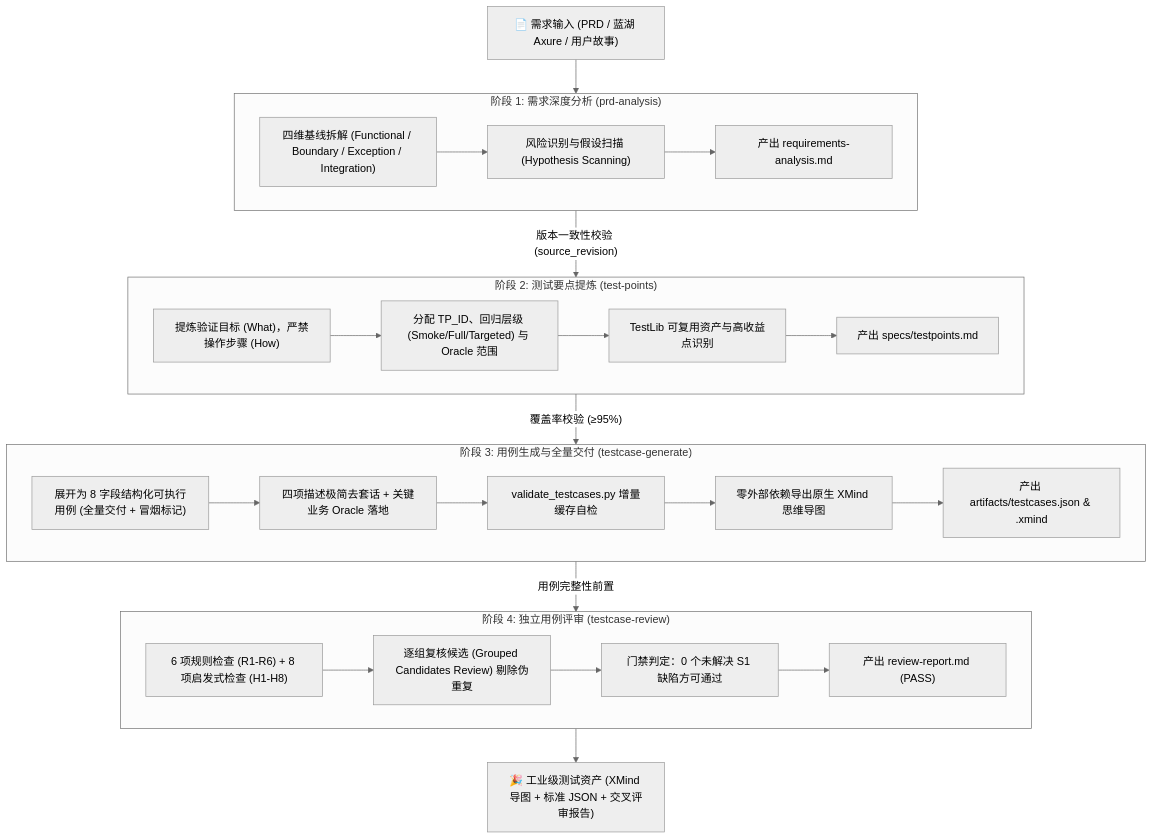
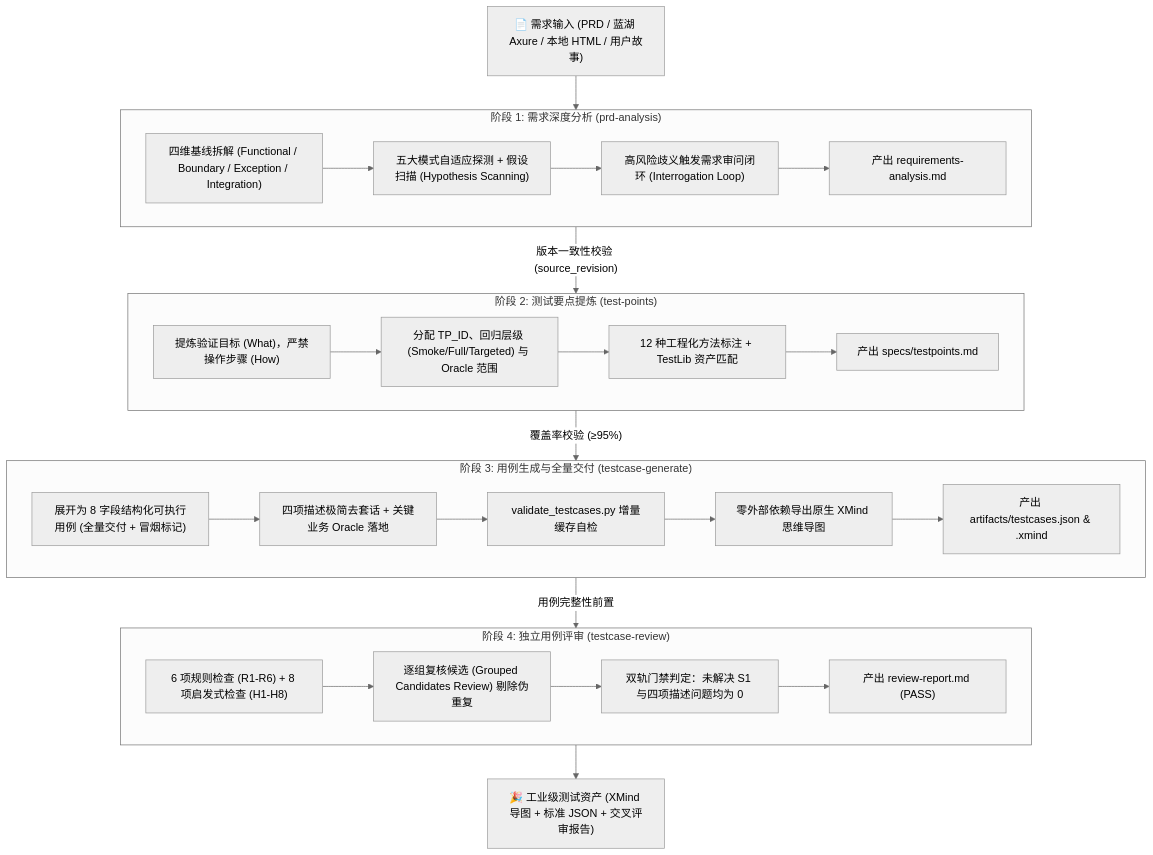
Before and after one commit to sx-mogule/TestSpec: the diagram in README.md, drawn with Mermaid (neutral theme). The commit also changed other lines of this file and 14 other files, not shown here.

````diff
--- a/README.md
+++ b/README.md
@@ -26,40 +26,41 @@
 ```mermaid
 flowchart TD
-    PRD["📄 需求输入 (PRD / 蓝湖 Axure / 用户故事)"] --> S1
+    PRD["📄 需求输入 (PRD / 蓝湖 Axure / 本地 HTML / 用户故事)"] --> S1
     
     subgraph S1 ["阶段 1: 需求深度分析 (prd-analysis)"]
         A1["四维基线拆解 (Functional / Boundary / Exception / Integration)"]
-        A2["风险识别与假设扫描 (Hypothesis Scanning)"]
-        A1 --> A2 --> R1["产出 requirements-analysis.md"]
+        A2["五大模式自适应探测 + 假设扫描 (Hypothesis Scanning)"]
+        A3["高风险歧义触发需求审问闭环 (Interrogation Loop)"]
+        A1 --> A2 --> A3 --> R1["产出 requirements-analysis.md"]
     end
 
     S1 -->|"版本一致性校验 (source_revision)"| S2
 
     subgraph S2 ["阶段 2: 测试要点提炼 (test-points)"]
         B1["提炼验证目标 (What)，严禁操作步骤 (How)"]
         B2["分配 TP_ID、回归层级 (Smoke/Full/Targeted) 与 Oracle 范围"]
-        B3["TestLib 可复用资产与高收益点识别"]
+        B3["12 种工程化方法标注 + TestLib 资产匹配"]
         B1 --> B2 --> B3 --> R2["产出 specs/testpoints.md"]
     end
 
     S2 -->|"覆盖率校验 (≥95%)"| S3
 
     subgraph S3 ["阶段 3: 用例生成与全量交付 (testcase-generate)"]
         C1["展开为 8 字段结构化可执行用例 (全量交付 + 冒烟标记)"]
         C2["四项描述极简去套话 + 关键业务 Oracle 落地"]
         C3["validate_testcases.py 增量缓存自检"]
         C4["零外部依赖导出原生 XMind 思维导图"]
         C1 --> C2 --> C3 --> C4 --> R3["产出 artifacts/testcases.json & .xmind"]
     end
 
     S3 -->|"用例完整性前置"| S4
 
     subgraph S4 ["阶段 4: 独立用例评审 (testcase-review)"]
         D1["6 项规则检查 (R1-R6) + 8 项启发式检查 (H1-H8)"]
         D2["逐组复核候选 (Grouped Candidates Review) 剔除伪重复"]
-        D3["门禁判定：0 个未解决 S1 缺陷方可通过"]
+        D3["双轨门禁判定：未解决 S1 与四项描述问题均为 0"]
         D1 --> D2 --> D3 --> R4["产出 review-report.md (PASS)"]
     end
 
     S4 --> Final["🎉 工业级测试资产 (XMind 导图 + 标准 JSON + 交叉评审报告)"]
 ```
````
